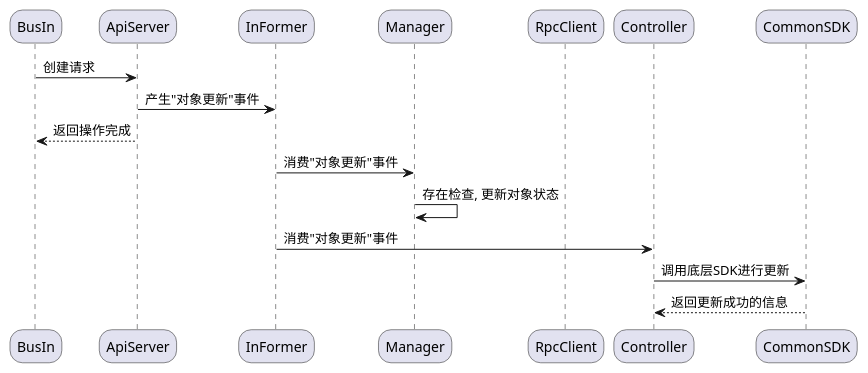
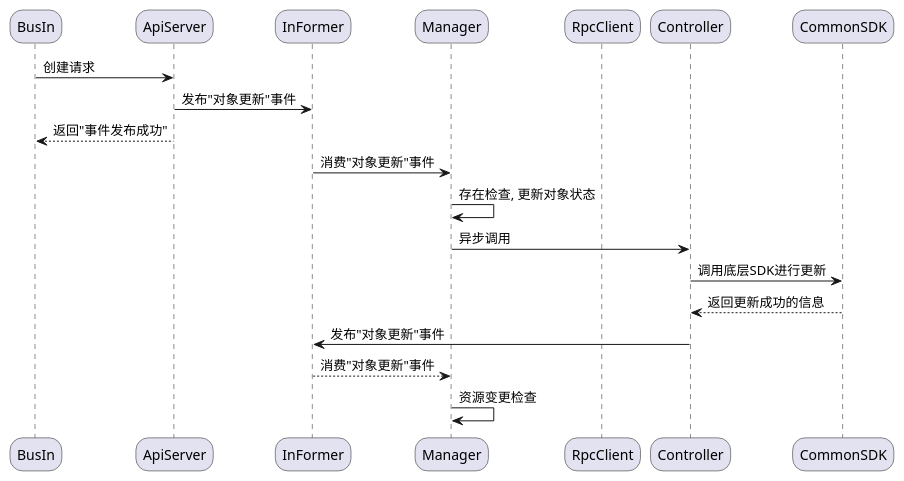
Before and after one commit to Faione/note: the fourth of 7 diagrams in WorkNote/Agent设计v2/执行代理V0.2-重构-草稿.md, drawn with PlantUML. The commit also changed other lines of this file and 1 other file, not shown here.

````diff
--- a/WorkNote/Agent设计v2/执行代理V0.2-重构-草稿.md
+++ b/WorkNote/Agent设计v2/执行代理V0.2-重构-草稿.md
@@ -162,25 +161,28 @@
 ```plantuml
 @startuml
 skinparam roundCorner 25
 skinparam responseMessageBelowArrow true
 
 participant BusIn as f1
 participant ApiServer as f2
 participant InFormer as f3
 participant Manager as f4
 participant RpcClient as f5
 participant Controller as f6
 participant CommonSDK as f7
 
 
 f1    ->     f2  :创建请求
-f2    ->     f3  :产生"对象更新"事件
-f2   -->     f1  :返回操作完成
+f2    ->     f3  :发布"对象更新"事件
+f2   -->     f1  :返回"事件发布成功"
 f3    ->     f4  :消费"对象更新"事件
 f4    ->     f4  :存在检查, 更新对象状态
-f3    ->     f6  :消费"对象更新"事件
+f4    ->     f6  :异步调用
 f6    ->     f7  :调用底层SDK进行更新
 f7   -->     f6  :返回更新成功的信息
+f6    ->     f3  :发布"对象更新"事件
+f3   -->     f4  :消费"对象更新"事件
+f4    ->     f4  :资源变更检查
 
 @enduml
 ```
````
